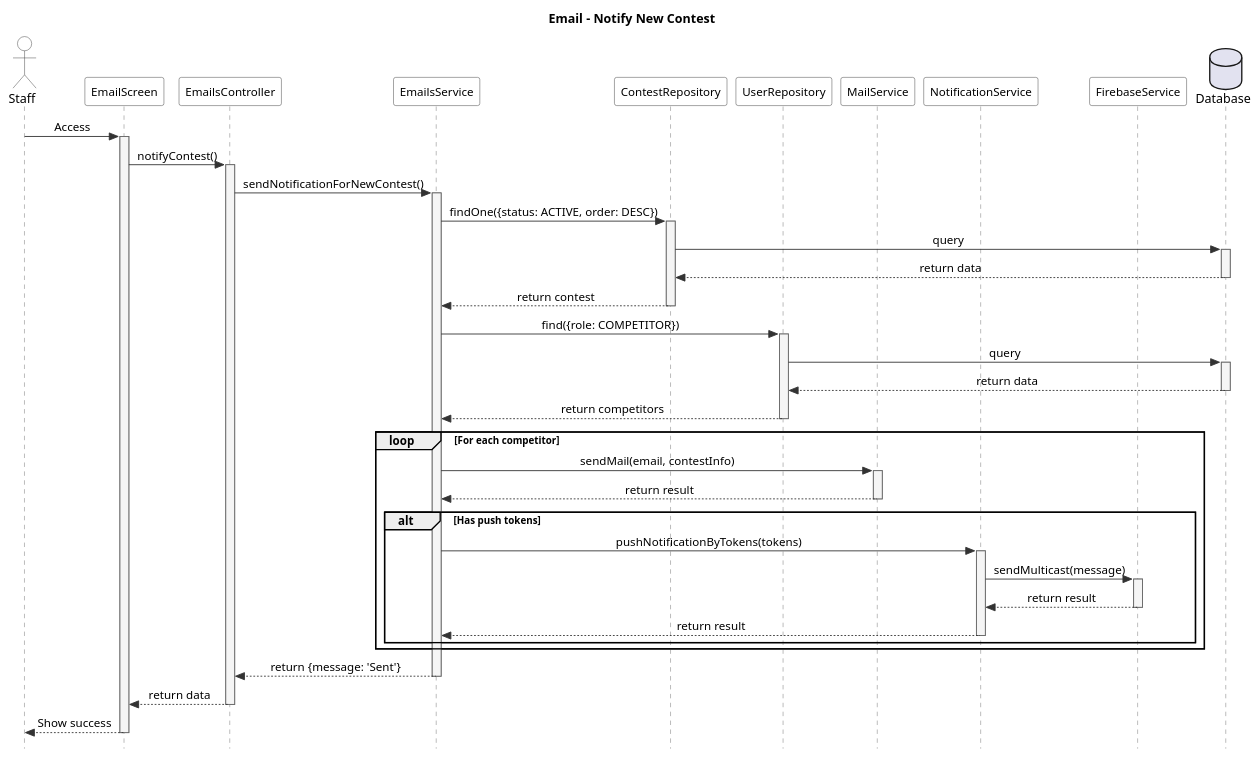
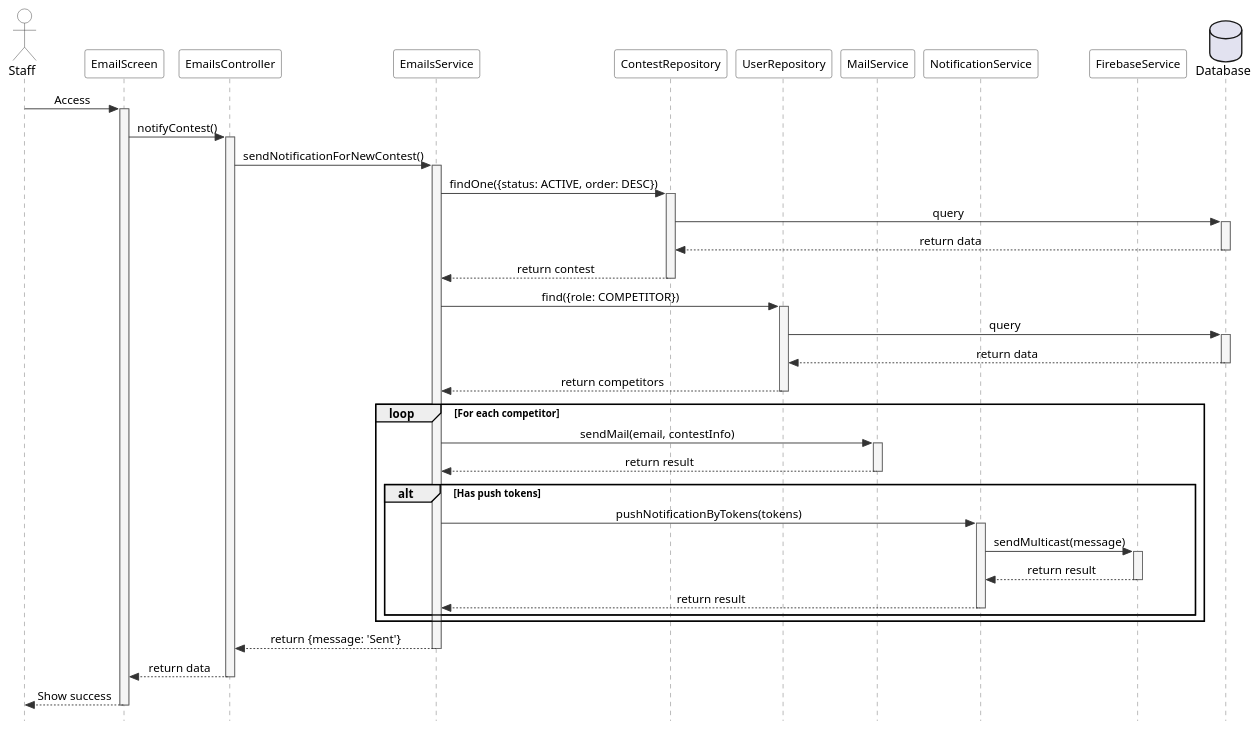
Before and after one commit to viethoang1520/artchain-server: the diagram in documents/email/sequence-email-notify-contest.puml, drawn with PlantUML. The commit also changed 57 other files, not shown here.

```diff
--- a/documents/email/sequence-email-notify-contest.puml
+++ b/documents/email/sequence-email-notify-contest.puml
@@ -1,82 +1,80 @@
 @startuml Email - Notify Contest
 
 skinparam style strictuml
 skinparam backgroundColor White
 skinparam sequenceMessageAlign center
 skinparam sequence {
   ArrowColor #333333
   LifeLineBorderColor #666666
   LifeLineBackgroundColor #F5F5F5
   ParticipantBorderColor #333333
   ParticipantBackgroundColor #FFFFFF
   ParticipantFontSize 13
   ActorBorderColor #333333
   ActorBackgroundColor #FFFFFF
 }
-
-title Email - Notify New Contest
 
 actor Staff
 participant "EmailScreen" as Screen
 participant "EmailsController" as Controller
 participant "EmailsService" as Service
 participant "ContestRepository" as ContestRepo
 participant "UserRepository" as UserRepo
 participant "MailService" as Mailer
 participant "NotificationService" as NotifSvc
 participant "FirebaseService" as Firebase
 database "Database" as DB
 
 Staff -> Screen : Access
 activate Screen
 
 Screen -> Controller : notifyContest()
 activate Controller
 
 Controller -> Service : sendNotificationForNewContest()
 activate Service
 
 Service -> ContestRepo : findOne({status: ACTIVE, order: DESC})
 activate ContestRepo
 ContestRepo -> DB : query
 activate DB
 DB --> ContestRepo : return data
 deactivate DB
 ContestRepo --> Service : return contest
 deactivate ContestRepo
 
 Service -> UserRepo : find({role: COMPETITOR})
 activate UserRepo
 UserRepo -> DB : query
 activate DB
 DB --> UserRepo : return data
 deactivate DB
 UserRepo --> Service : return competitors
 deactivate UserRepo
 
 loop For each competitor
   Service -> Mailer : sendMail(email, contestInfo)
   activate Mailer
   Mailer --> Service : return result
   deactivate Mailer
 
   alt Has push tokens
     Service -> NotifSvc : pushNotificationByTokens(tokens)
     activate NotifSvc
     NotifSvc -> Firebase : sendMulticast(message)
     activate Firebase
     Firebase --> NotifSvc : return result
     deactivate Firebase
     NotifSvc --> Service : return result
     deactivate NotifSvc
   end
 end
 
 Service --> Controller : return {message: 'Sent'}
 deactivate Service
 Controller --> Screen : return data
 deactivate Controller
 Screen --> Staff : Show success
 deactivate Screen
 
 @enduml
```
